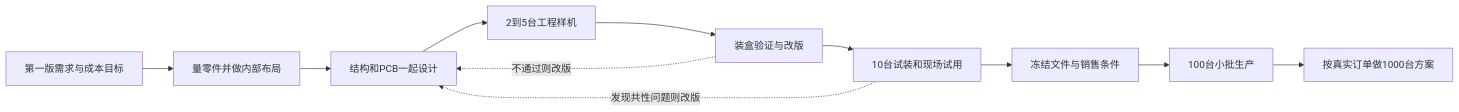
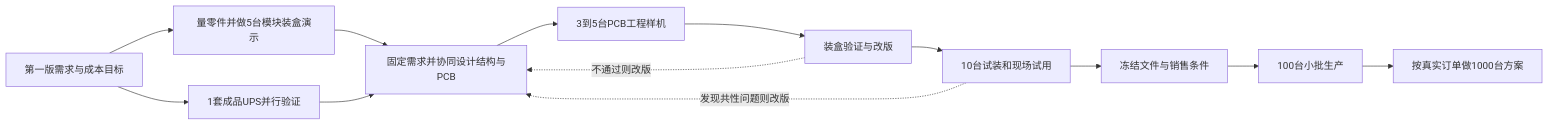
Before and after one commit to xwyjh3612/doorbell_demo: the diagram in 语音对讲产品从样机到量产路线.md, drawn with Mermaid. The commit also changed other lines of this file and 11 other files, not shown here.

````diff
--- a/语音对讲产品从样机到量产路线.md
+++ b/语音对讲产品从样机到量产路线.md
@@ -21,13 +23,15 @@
 ```mermaid
 flowchart LR
- A[第一版需求与成本目标] --> B[量零件并做内部布局]
- B --> C[结构和PCB一起设计]
- C --> D[2到5台工程样机]
+ A[第一版需求与成本目标] --> B[量零件并做5台模块装盒演示]
+ A --> U[1套成品UPS并行验证]
+ B --> C[固定需求并协同设计结构与PCB]
+ U --> C
+ C --> D[3到5台PCB工程样机]
  D --> E[装盒验证与改版]
  E --> F[10台试装和现场试用]
  F --> G[冻结文件与销售条件]
  G --> H[100台小批生产]
  H --> I[按真实订单做1000台方案]
  E -.不通过则改版.-> C
  F -.发现共性问题则改版.-> C
 ```
````
